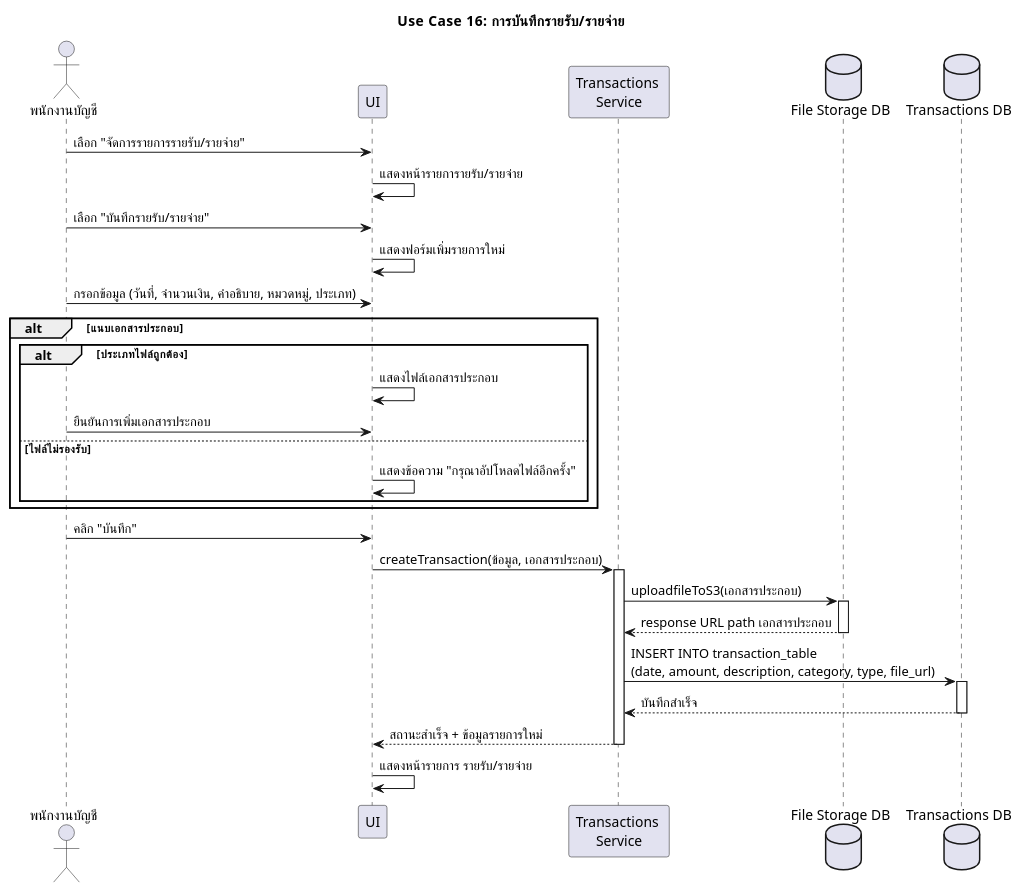
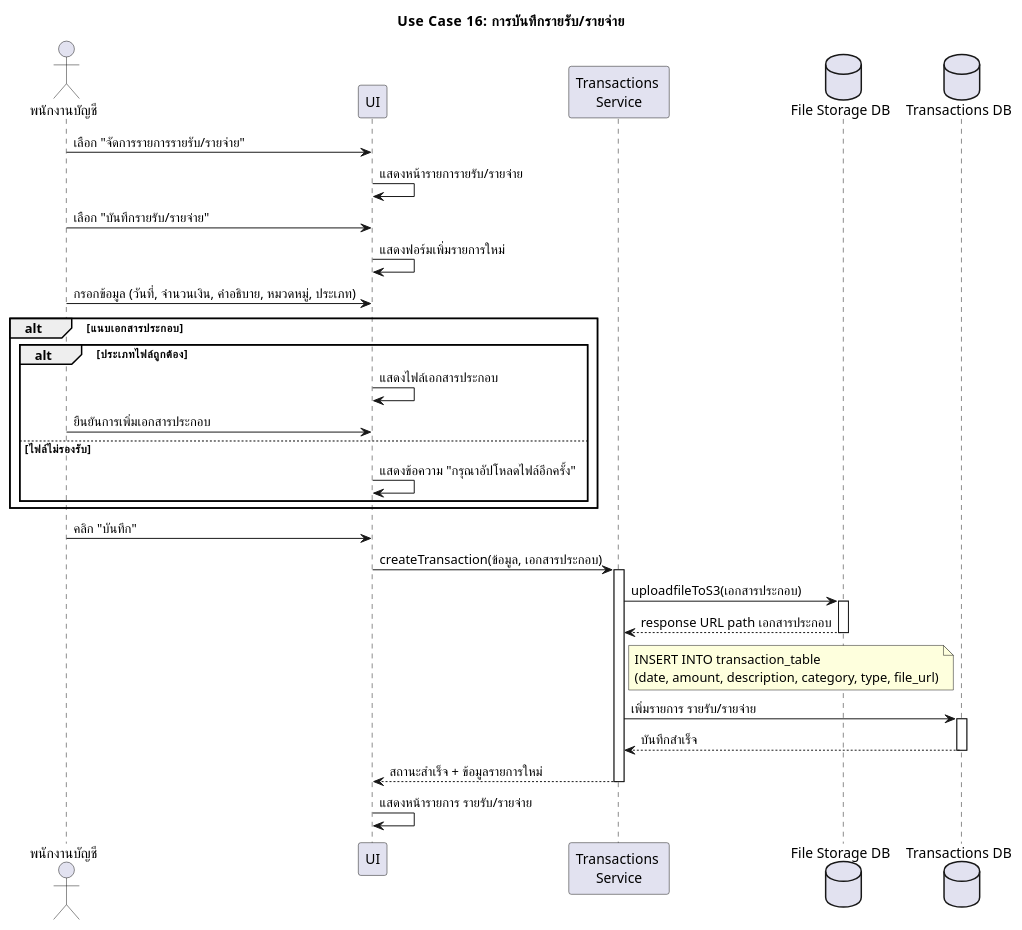
Before and after one commit to warinyang/UML-monthly-room-rent: the diagram in usecase16_save_transaction.plantuml, drawn with PlantUML. The commit also changed 15 other files, not shown here.

```diff
--- a/usecase16_save_transaction.plantuml
+++ b/usecase16_save_transaction.plantuml
@@ -1,46 +1,49 @@
 @startuml Use Case 16: การบันทึกรายรับ/รายจ่าย
 skinparam defaultFontName "TH Sarabun New"
 title Use Case 16: การบันทึกรายรับ/รายจ่าย
 
 actor "พนักงานบัญชี" as Accountant
 participant "UI" as UI
 participant "Transactions \nService" as TxnMS
 database "File Storage DB" as FileDB
 database "Transactions DB" as TxnDB
 
 
 Accountant -> UI : เลือก "จัดการรายการรายรับ/รายจ่าย"
 UI -> UI : แสดงหน้ารายการายรับ/รายจ่าย
 
 Accountant -> UI : เลือก "บันทึกรายรับ/รายจ่าย"
 UI -> UI : แสดงฟอร์มเพิ่มรายการใหม่
 
 Accountant -> UI : กรอกข้อมูล (วันที่, จำนวนเงิน, คำอธิบาย, หมวดหมู่, ประเภท)
 alt แนบเอกสารประกอบ
     alt ประเภทไฟล์ถูกต้อง
         UI -> UI : แสดงไฟล์เอกสารประกอบ
         Accountant -> UI: ยืนยันการเพิ่มเอกสารประกอบ
     else ไฟล์ไม่รองรับ
         UI->UI : แสดงข้อความ "กรุณาอัปโหลดไฟล์อีกครั้ง"
     end
 end
 
 Accountant -> UI : คลิก "บันทึก"
 UI -> TxnMS : createTransaction(ข้อมูล, เอกสารประกอบ)
 activate TxnMS
 TxnMS -> FileDB: uploadfileToS3(เอกสารประกอบ)
 activate FileDB
 FileDB --> TxnMS: response URL path เอกสารประกอบ
 deactivate FileDB
 
 
-
-TxnMS -> TxnDB : INSERT INTO transaction_table \n(date, amount, description, category, type, file_url)
+note right of TxnMS
+ INSERT INTO transaction_table 
+ (date, amount, description, category, type, file_url)
+end note
+TxnMS -> TxnDB : เพิ่มรายการ รายรับ/รายจ่าย
 activate TxnDB
 TxnDB --> TxnMS : บันทึกสำเร็จ
 deactivate TxnDB
 TxnMS --> UI : สถานะสำเร็จ + ข้อมูลรายการใหม่
 deactivate TxnMS
 
 UI -> UI : แสดงหน้ารายการ รายรับ/รายจ่าย
 @enduml
```
